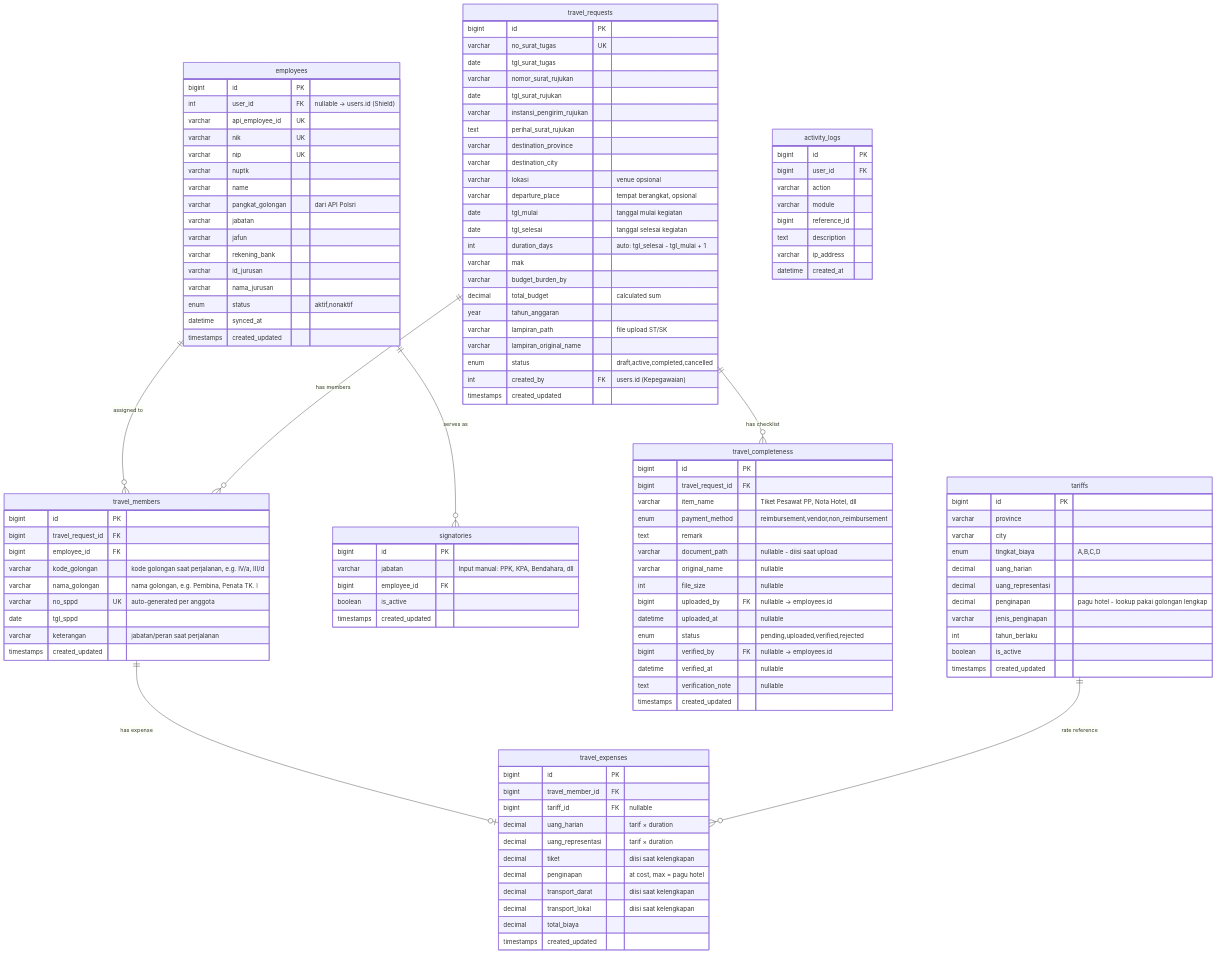
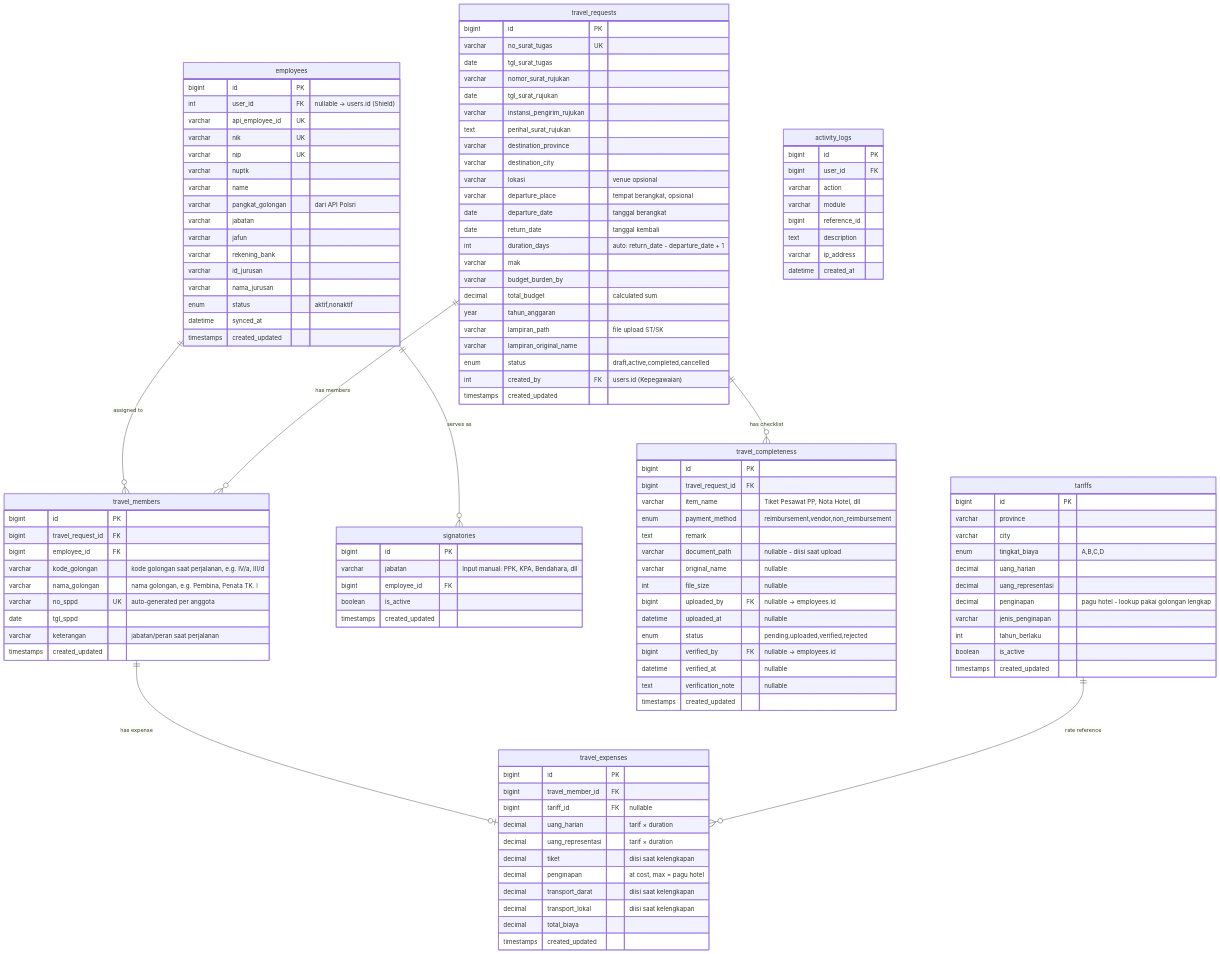
The first of 5 diagrams in perjadin.md (Apriiansh/perjadin-polsri), drawn with Mermaid before and after one commit. The commit also changed other lines of this file and 32 other files, not shown here.

```diff
--- a/perjadin.md
+++ b/perjadin.md
@@ -350,9 +186,9 @@
         varchar destination_city
         varchar lokasi "venue opsional"
         varchar departure_place "tempat berangkat, opsional"
-        date tgl_mulai "tanggal mulai kegiatan"
-        date tgl_selesai "tanggal selesai kegiatan"
-        int duration_days "auto: tgl_selesai - tgl_mulai + 1"
+        date departure_date "tanggal berangkat"
+        date return_date "tanggal kembali"
+        int duration_days "auto: return_date - departure_date + 1"
         varchar mak
         varchar budget_burden_by
         decimal total_budget "calculated sum"
```
